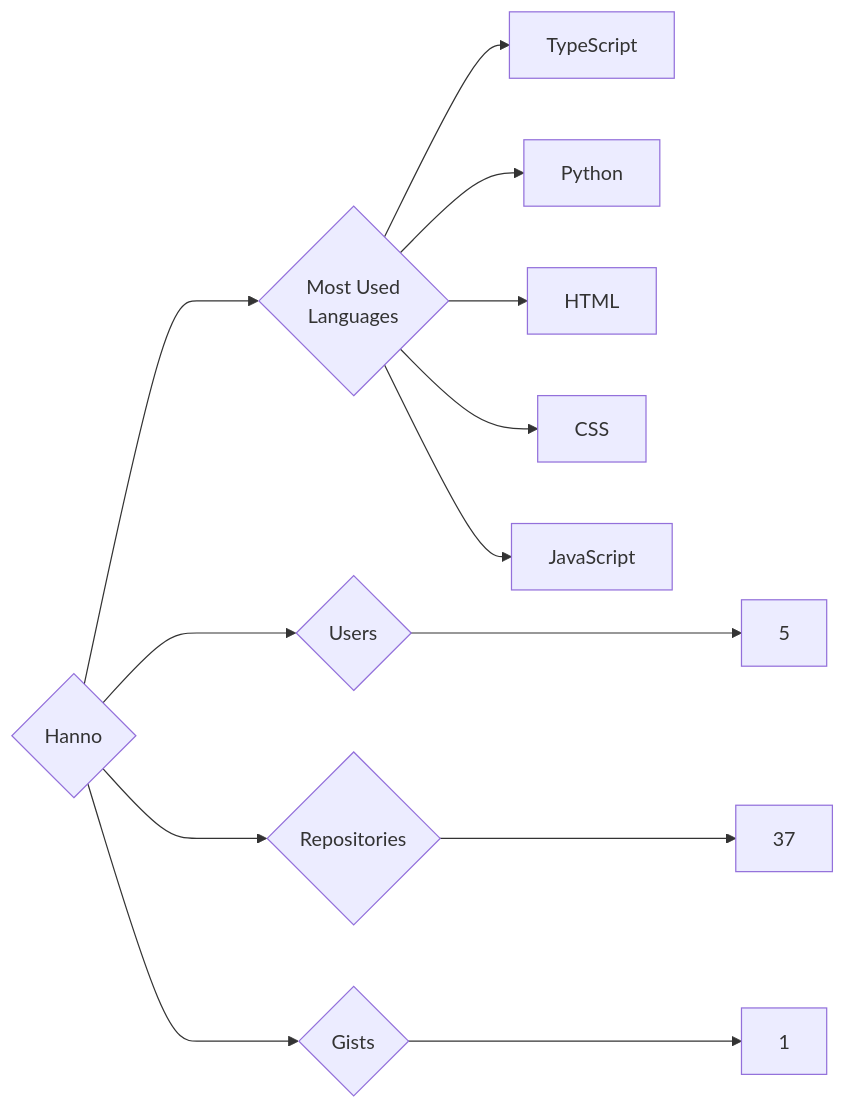
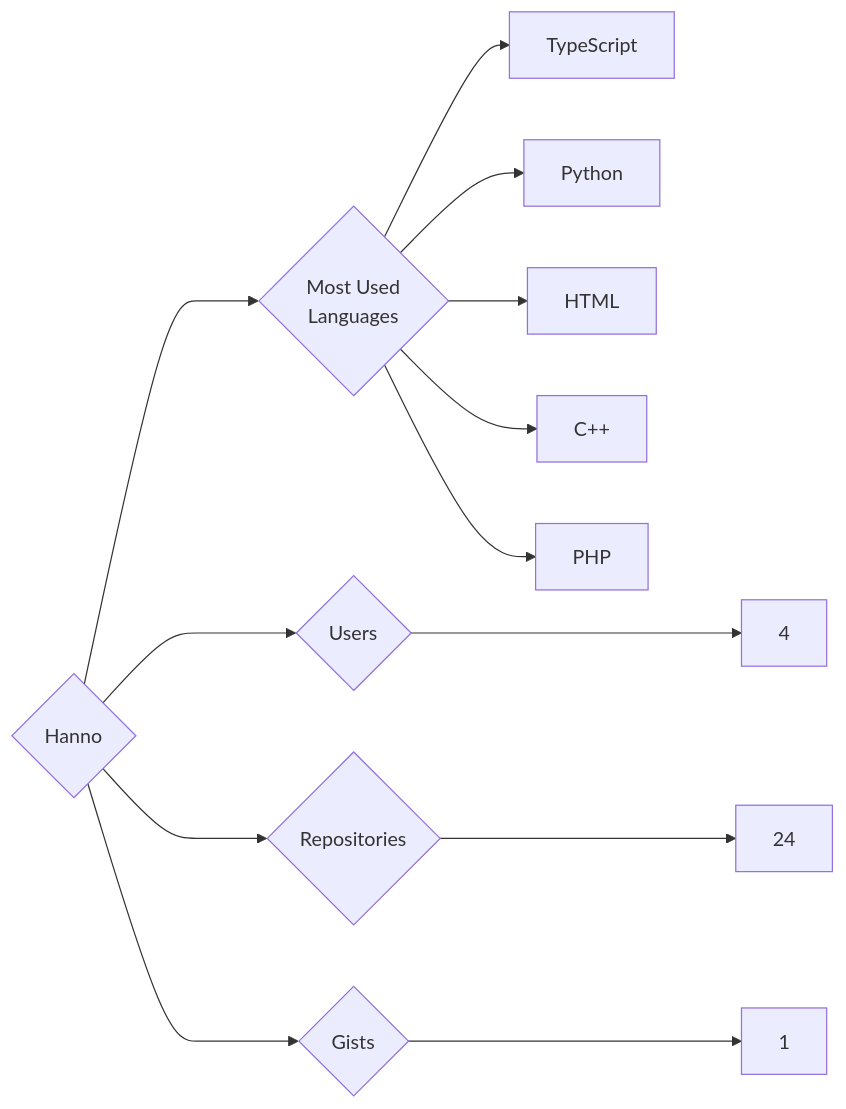
One commit to trickest/insiders changed the diagram in targets/Hanno/README.md. Above: the diagram before and after it, drawn with Mermaid. The commit also changed 933 other files, not shown here.

````diff
--- a/targets/Hanno/README.md
+++ b/targets/Hanno/README.md
@@ -3,13 +3,13 @@
 ```mermaid
 graph LR
 COMPANY_NAME{Hanno}
-COMPANY_NAME ---> U{Users} ---> UN[5]
-COMPANY_NAME ---> R{Repositories} ---> RN[37]
+COMPANY_NAME ---> U{Users} ---> UN[4]
+COMPANY_NAME ---> R{Repositories} ---> RN[24]
 COMPANY_NAME ---> G{Gists} ---> GN[1]
 COMPANY_NAME ---> ML{Most Used<br>Languages}
 ML --> TypeScript[TypeScript]
 ML --> Python[Python]
 ML --> HTML[HTML]
-ML --> CSS[CSS]
-ML --> JavaScript[JavaScript]
+ML --> C++[C++]
+ML --> PHP[PHP]
 ```
````
